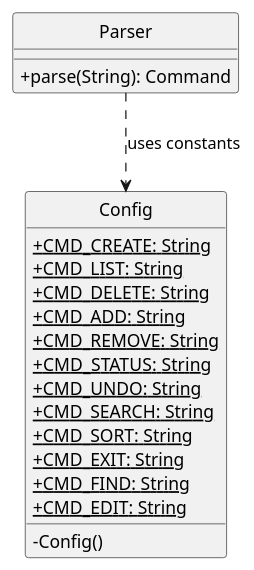
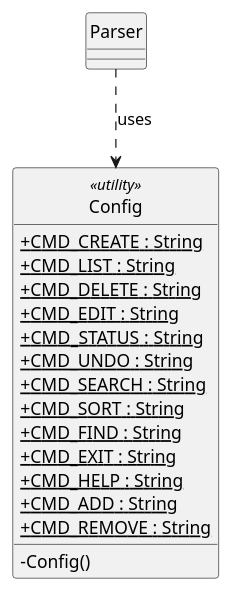
Before and after one commit to AY2526S2-CS2113-T11-4/tp: the diagram in docs/diagrams/ConfigClassDiagram.puml, drawn with PlantUML. The commit also changed 17 other files, not shown here.

```diff
--- a/docs/diagrams/ConfigClassDiagram.puml
+++ b/docs/diagrams/ConfigClassDiagram.puml
@@ -1,26 +1,26 @@
 @startuml ConfigClassDiagram
 skinparam classAttributeIconSize 0
 skinparam style strictuml
 
-class Config {
-    {static} +CMD_CREATE: String
-    {static} +CMD_LIST: String
-    {static} +CMD_DELETE: String
-    {static} +CMD_ADD: String
-    {static} +CMD_REMOVE: String
-    {static} +CMD_STATUS: String
-    {static} +CMD_UNDO: String
-    {static} +CMD_SEARCH: String
-    {static} +CMD_SORT: String
-    {static} +CMD_EXIT: String
-    {static} +CMD_FIND: String
-    {static} +CMD_EDIT: String
+class Config <<utility>> {
+    {static} +CMD_CREATE : String
+    {static} +CMD_LIST : String
+    {static} +CMD_DELETE : String
+    {static} +CMD_EDIT : String
+    {static} +CMD_STATUS : String
+    {static} +CMD_UNDO : String
+    {static} +CMD_SEARCH : String
+    {static} +CMD_SORT : String
+    {static} +CMD_FIND : String
+    {static} +CMD_EXIT : String
+    {static} +CMD_HELP : String
+    {static} +CMD_ADD : String
+    {static} +CMD_REMOVE : String
     -Config()
 }
 
-class Parser {
-    +parse(String): Command
-}
+class Parser
 
-Parser ..> Config : uses constants
+Parser ..> Config : uses
+
 @enduml
```
